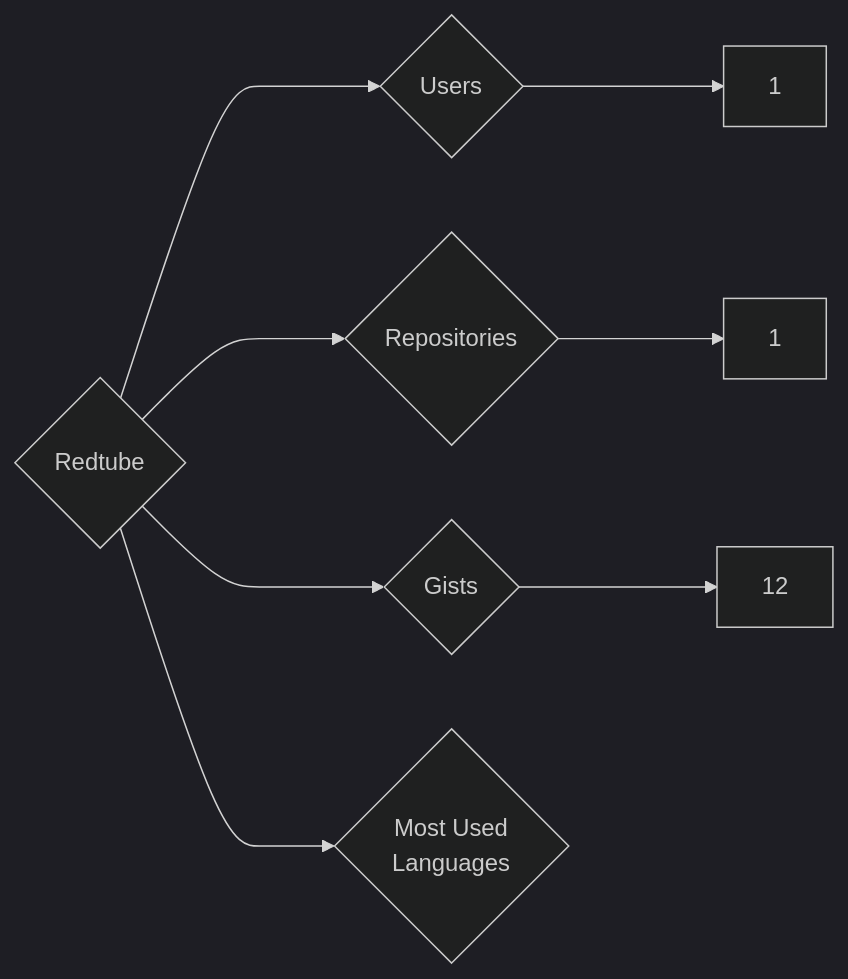
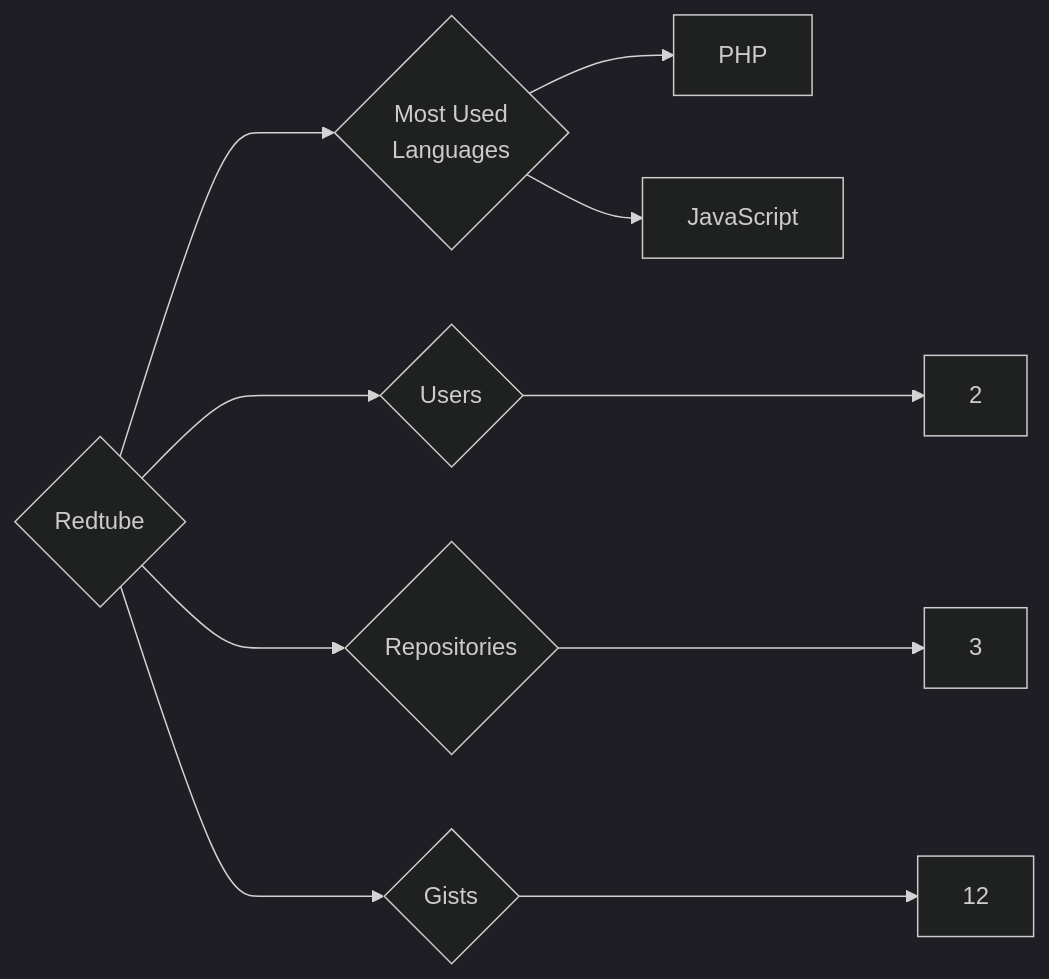
Before and after one commit to trickest/insiders: the diagram in targets/Redtube/README.md, drawn with Mermaid (dark theme). The commit also changed 1248 other files, not shown here.

````diff
--- a/targets/Redtube/README.md
+++ b/targets/Redtube/README.md
@@ -3,8 +3,10 @@
 ```mermaid
 graph LR
 COMPANY_NAME{Redtube}
-COMPANY_NAME ---> U{Users} ---> UN[1]
-COMPANY_NAME ---> R{Repositories} ---> RN[1]
+COMPANY_NAME ---> U{Users} ---> UN[2]
+COMPANY_NAME ---> R{Repositories} ---> RN[3]
 COMPANY_NAME ---> G{Gists} ---> GN[12]
 COMPANY_NAME ---> ML{Most Used<br>Languages}
+ML --> PHP[PHP]
+ML --> JavaScript[JavaScript]
 ```
````
